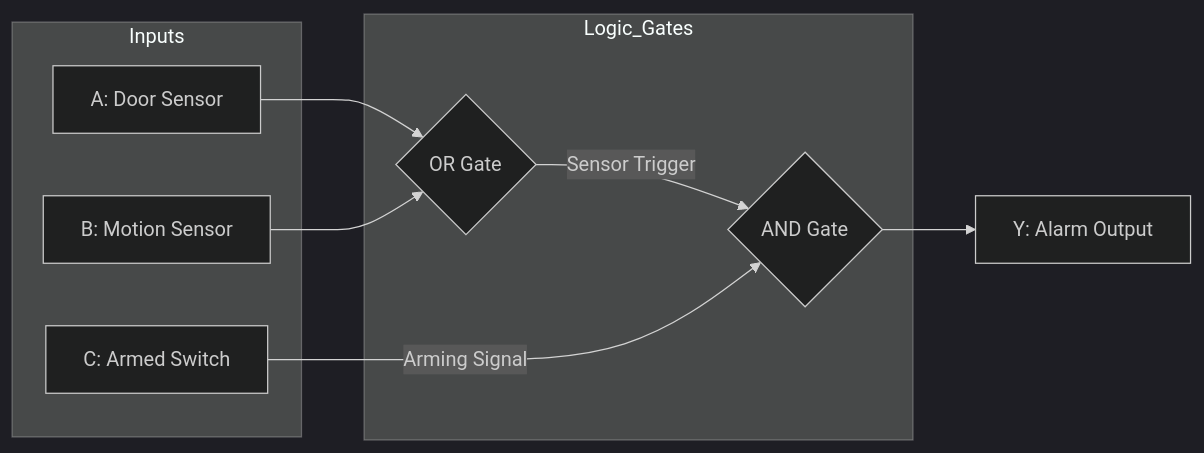
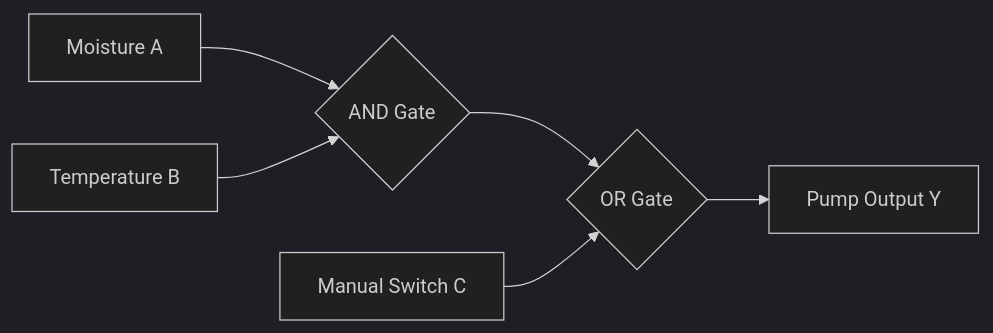
The second of 4 diagrams in Computer_Architecture_Assignment.md (wendy0005/assignment), drawn with Mermaid (dark theme) before and after one commit. The commit also changed other lines of this file and 3 other files, not shown here.

First line of the commit message:
Refactor Computer Architecture Assignment documentation and add HTML preview

````diff
--- a/Computer_Architecture_Assignment.md
+++ b/Computer_Architecture_Assignment.md
@@ -109,20 +92,8 @@
 ```mermaid
-flowchart LR
-    subgraph Inputs
-    A[A: Door Sensor]
-    B[B: Motion Sensor]
-    C[C: Armed Switch]
-    end
-
-    subgraph Logic_Gates
-    OR1{OR Gate}
-    AND1{AND Gate}
-    end
-
-    A --> OR1
-    B --> OR1
-    OR1 -- "Sensor Trigger" --> AND1
-    C -- "Arming Signal" --> AND1
-
-    AND1 --> Y[Y: Alarm Output]
+graph LR
+    A[Moisture A] --> AND{AND Gate}
+    B[Temperature B] --> AND
+    AND --> OR{OR Gate}
+    C[Manual Switch C] --> OR
+    OR --> Y[Pump Output Y]
 ```
````
